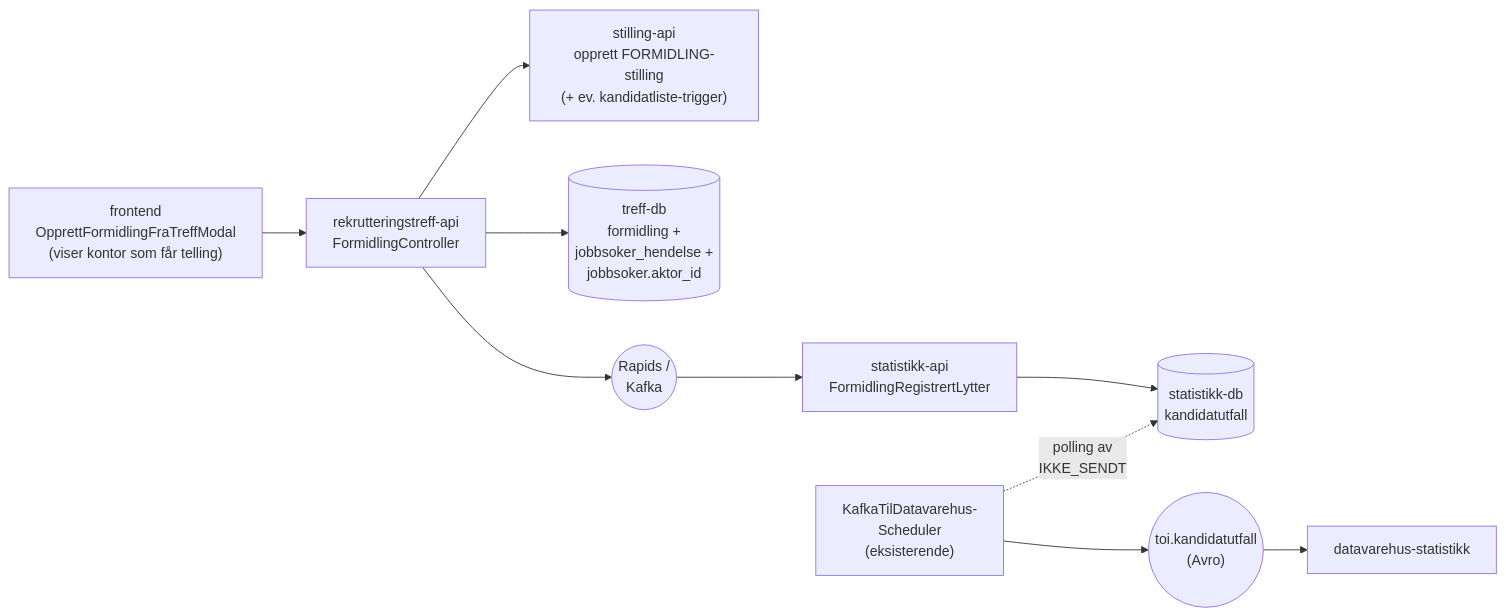
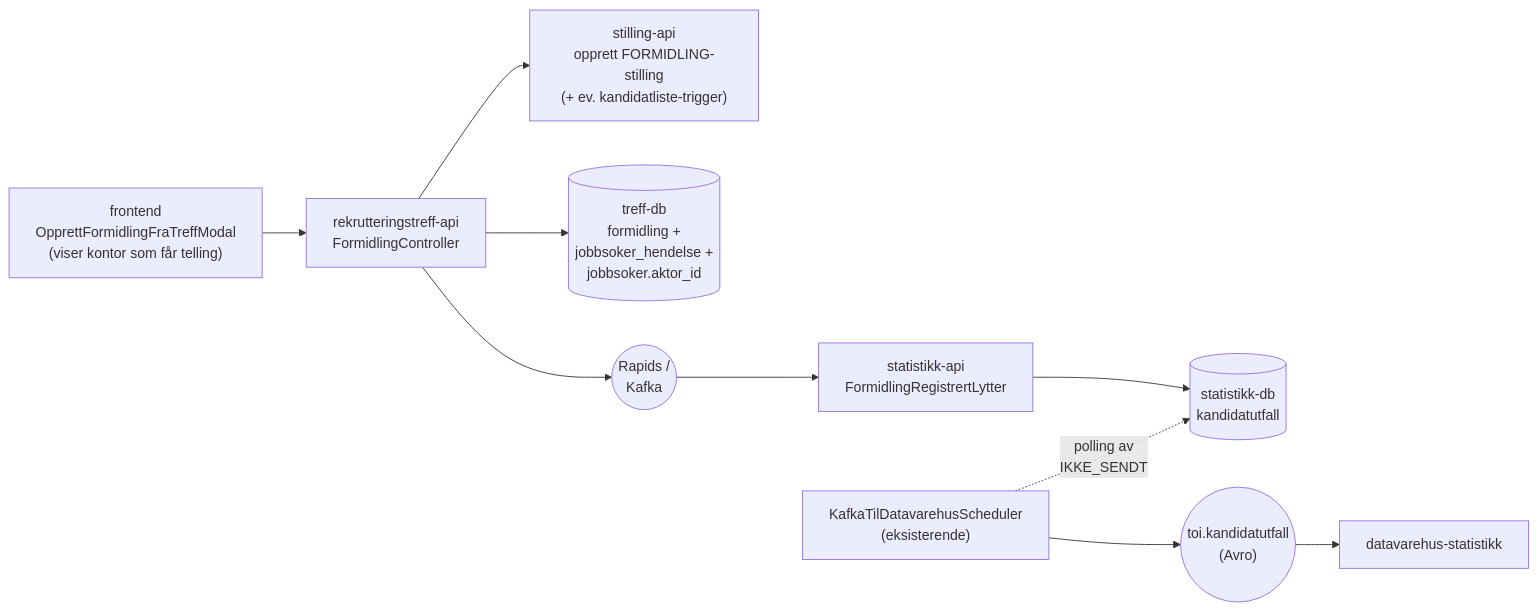
The first of 2 diagrams in docs/9-planer/rekrutteringstreff-fått-jobben/formidling-utfall-til-statistikk.md (navikt/rekrutteringstreff-backend), drawn with Mermaid before and after one commit. The commit also changed other lines of this file, not shown here.

````diff
--- a/docs/9-planer/rekrutteringstreff-fått-jobben/formidling-utfall-til-statistikk.md
+++ b/docs/9-planer/rekrutteringstreff-fått-jobben/formidling-utfall-til-statistikk.md
@@ -169,23 +178,23 @@
 ```mermaid
 flowchart LR
   FE["frontend<br/>OpprettFormidlingFraTreffModal<br/>(viser kontor som får telling)"]
     FC["rekrutteringstreff-api<br/>FormidlingController"]
     SA["stilling-api<br/>opprett FORMIDLING-stilling<br/>(+ ev. kandidatliste-trigger)"]
     DB[("treff-db<br/>formidling +<br/>jobbsoker_hendelse +<br/>jobbsoker.aktor_id")]
     R(("Rapids /<br/>Kafka"))
     SL["statistikk-api<br/>FormidlingRegistrertLytter"]
     KU[("statistikk-db<br/>kandidatutfall")]
-    DVH["KafkaTilDatavarehus-<br/>Scheduler<br/>(eksisterende)"]
+    DVH["KafkaTilDatavarehusScheduler<br/>(eksisterende)"]
     AVRO(("toi.kandidatutfall<br/>(Avro)"))
     DV["datavarehus-statistikk"]
 
     FE --> FC
     FC --> SA
     FC --> DB
     FC --> R
     R --> SL
     SL --> KU
     DVH -. "polling av<br/>IKKE_SENDT" .-> KU
     DVH --> AVRO
     AVRO --> DV
 ```
````
